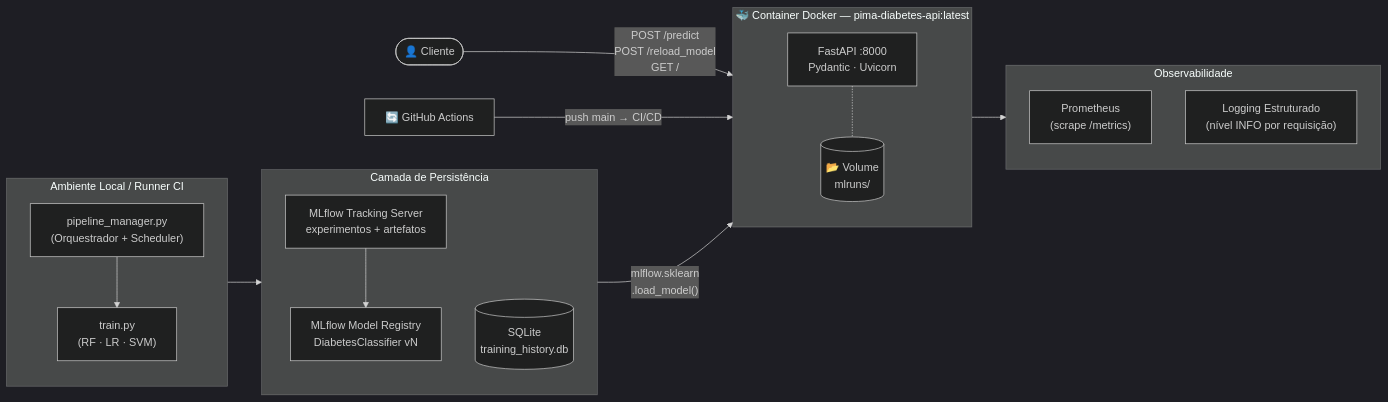
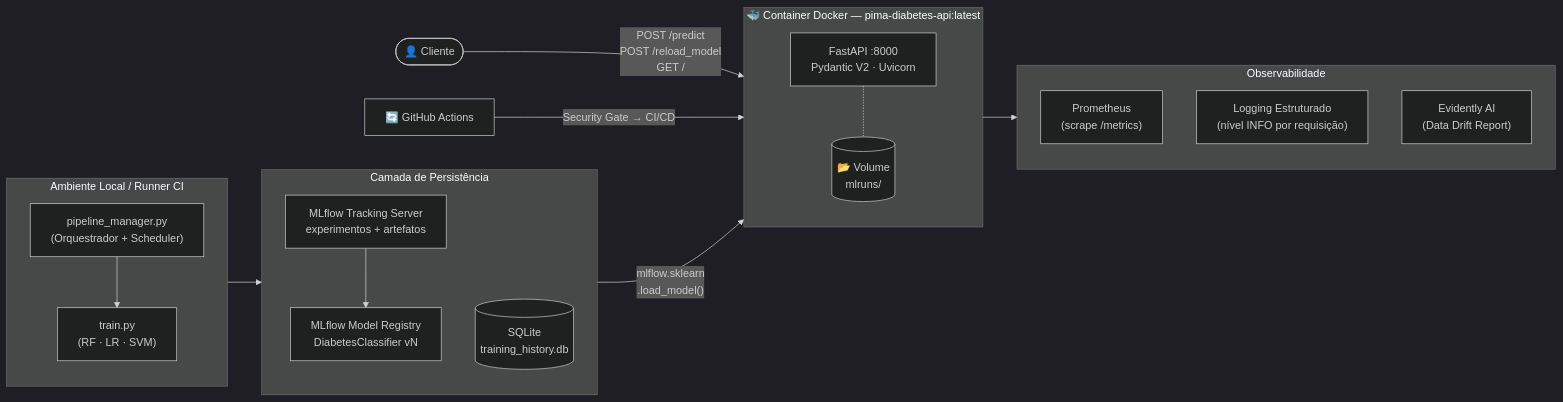
The second of 2 diagrams in README.md (ArthurS357/santander-ml-pipeline), drawn with Mermaid (dark theme) before and after one commit. The commit also changed other lines of this file and 4 other files, not shown here.

````diff
--- a/README.md
+++ b/README.md
@@ -94,37 +103,38 @@
 ```mermaid
 graph LR
     subgraph LOCAL ["Ambiente Local / Runner CI"]
         direction TB
         PM["pipeline_manager.py\n(Orquestrador + Scheduler)"]
         TR["train.py\n(RF · LR · SVM)"]
         PM --> TR
     end
 
     subgraph STORAGE ["Camada de Persistência"]
         direction TB
         MLFLOW_T["MLflow Tracking Server\nexperimentos + artefatos"]
         MLFLOW_R["MLflow Model Registry\nDiabetesClassifier vN"]
         SQLITE[(SQLite\ntraining_history.db)]
         MLFLOW_T --> MLFLOW_R
     end
 
     TR --> STORAGE
 
     subgraph CONTAINER ["🐳  Container Docker — pima-diabetes-api:latest"]
         direction TB
-        API["FastAPI :8000\nPydantic · Uvicorn"]
+        API["FastAPI :8000\nPydantic V2 · Uvicorn"]
         VOL[("📂 Volume\nmlruns/")]
         API -.- VOL
     end
 
     MLFLOW_R -->|"mlflow.sklearn\n.load_model()"| API
 
     subgraph OBS ["Observabilidade"]
         PROM["Prometheus\n(scrape /metrics)"]
         LOG["Logging Estruturado\n(nível INFO por requisição)"]
+        DRIFT["Evidently AI\n(Data Drift Report)"]
     end
 
     API --> OBS
     CLIENT(["👤 Cliente"]) -->|"POST /predict\nPOST /reload_model\nGET /"| API
-    GHA["🔄 GitHub Actions"] -->|"push main → CI/CD"| CONTAINER
+    GHA["🔄 GitHub Actions"] -->|"Security Gate → CI/CD"| CONTAINER
 ```
````
